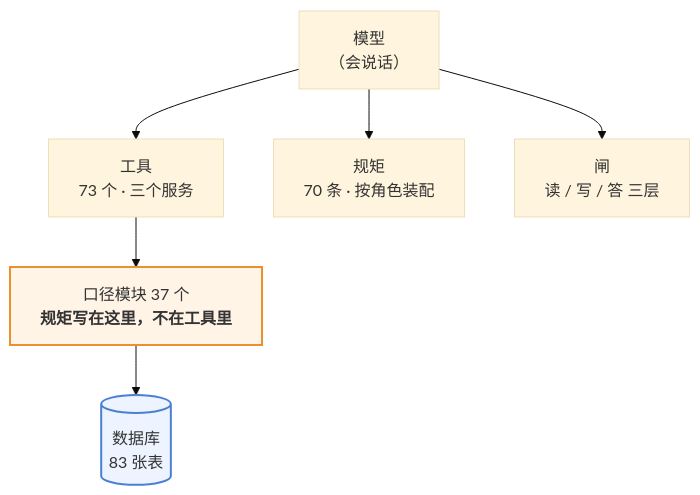
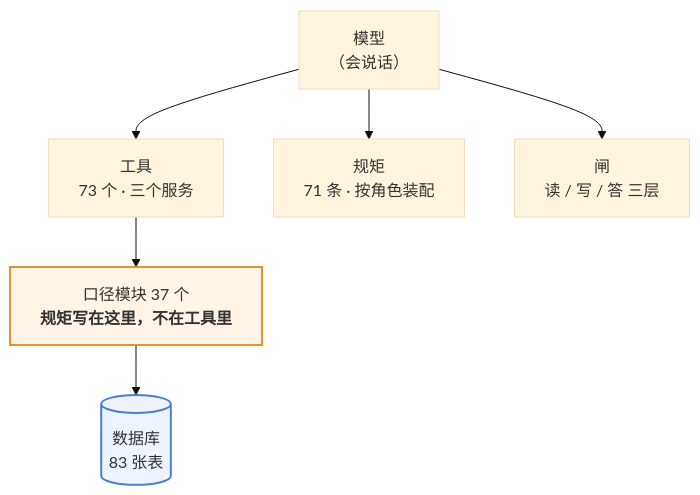
Before and after one commit to 843773296-rgb/lanxiu-yunshang-agent: the first of 3 diagrams in 澜绣云裳agent-产品说明.md, drawn with Mermaid (base theme). The commit also changed 8 other files, not shown here.

````diff
--- a/澜绣云裳agent-产品说明.md
+++ b/澜绣云裳agent-产品说明.md
@@ -62,12 +62,12 @@
 ```mermaid
 flowchart TD
     M["模型<br/>（会说话）"]
     M --> T["工具<br/>73 个 · 三个服务"]
-    M --> R["规矩<br/>70 条 · 按角色装配"]
+    M --> R["规矩<br/>71 条 · 按角色装配"]
     M --> G["闸<br/>读 / 写 / 答 三层"]
     T --> K["口径模块 37 个<br/><b>规矩写在这里，不在工具里</b>"]
     K --> DB[("数据库<br/>83 张表")]
 
     style K fill:#fff4e6,stroke:#e8912d,stroke-width:2px
     style DB fill:#eef4ff,stroke:#4a7fd4,stroke-width:2px
 ```
````
